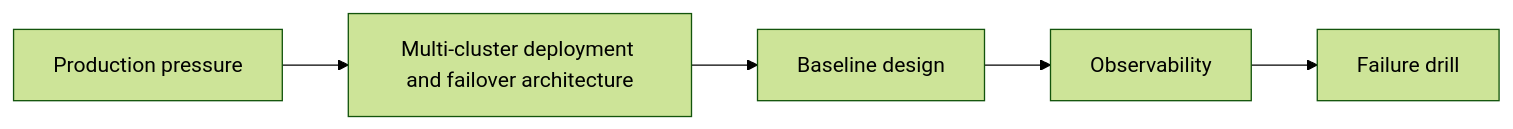
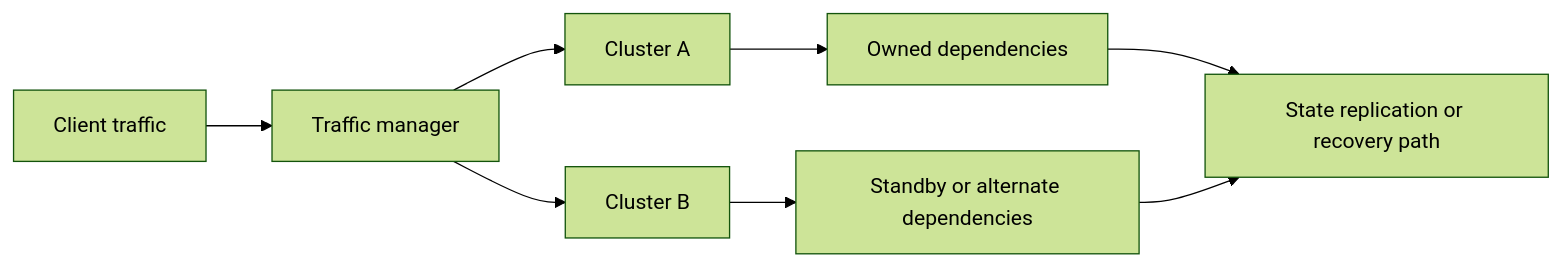
One commit to sandeepbhardwaj/sandeepbhardwaj.github.io changed the diagram in _posts/2026-09-09-k8s-multi-cluster-failover-architecture-part-1.md. Above: the diagram before and after it, drawn with Mermaid (forest theme). The commit also changed other lines of this file and 19 other files, not shown here.

````diff
--- a/_posts/2026-09-09-k8s-multi-cluster-failover-architecture-part-1.md
+++ b/_posts/2026-09-09-k8s-multi-cluster-failover-architecture-part-1.md
@@ -57,7 +125,10 @@
 ```mermaid
 flowchart LR
-    A[Production pressure] --> B[Multi-cluster deployment and failover architecture]
-    B --> C[Baseline design]
-    C --> D[Observability]
-    D --> E[Failure drill]
+    U[Client traffic] --> T[Traffic manager]
+    T --> A[Cluster A]
+    T --> B[Cluster B]
+    A --> D[Owned dependencies]
+    B --> E[Standby or alternate dependencies]
+    D --> F[State replication or recovery path]
+    E --> F
 ```
````
